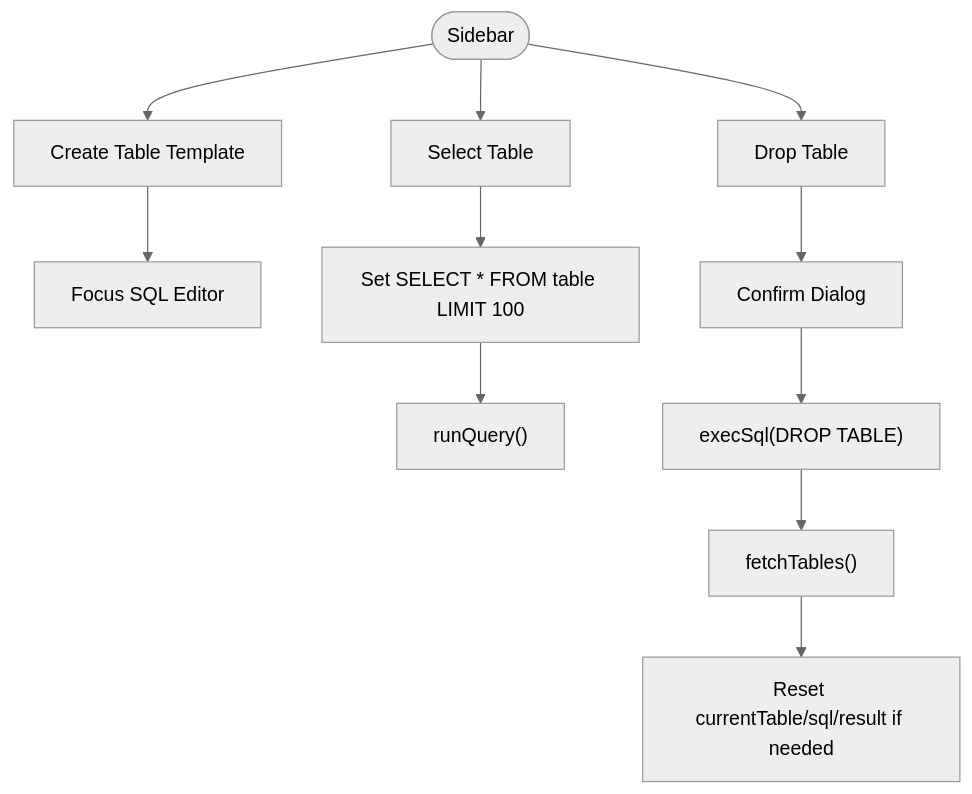
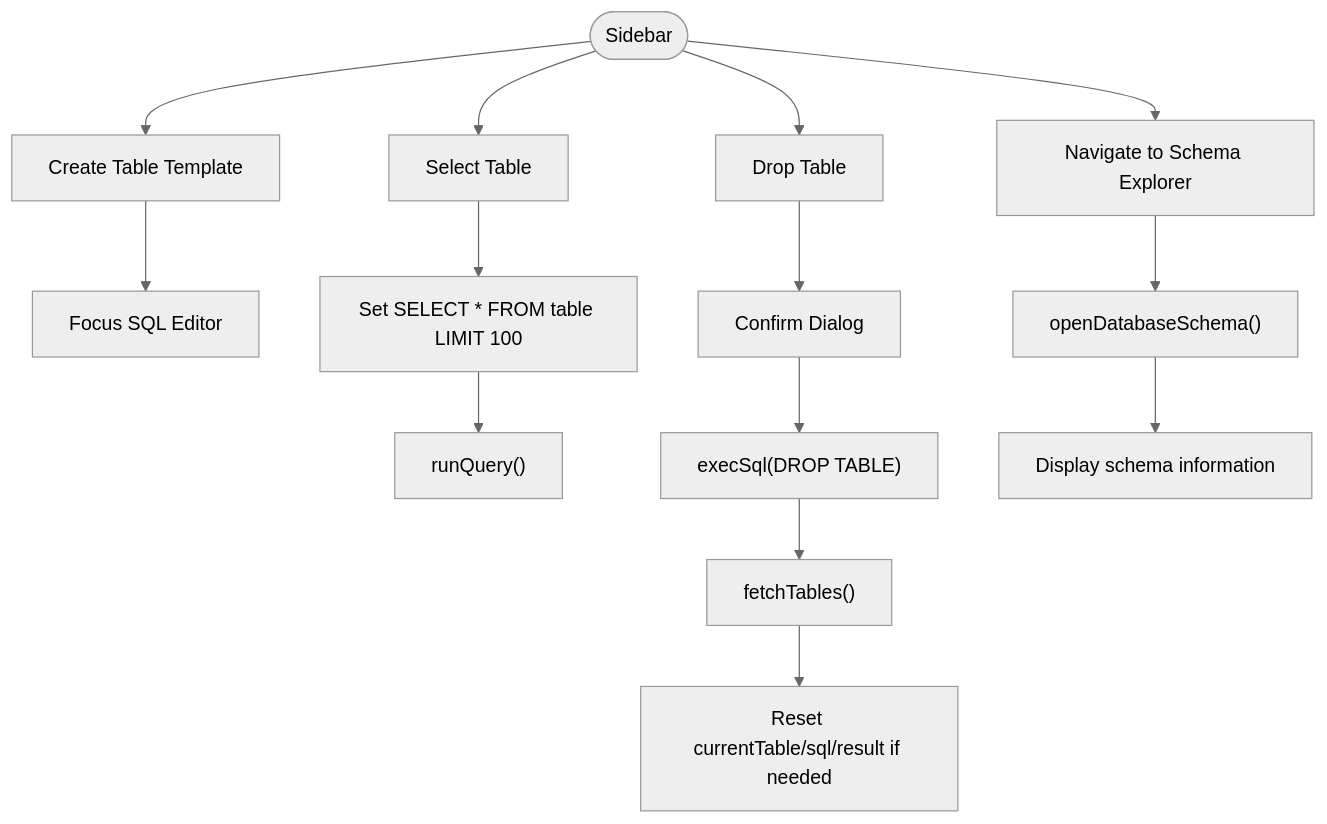
The sixth of 9 diagrams in .qoder/repowiki/en/content/Frontend Development/Core Components.md (sutanto1010/crablite), drawn with Mermaid (neutral theme) before and after one commit. The commit also changed other lines of this file and 25 other files, not shown here.

First line of the commit message:
feat(metadata): add comprehensive database schema and internals API endpoints

````diff
--- a/.qoder/repowiki/en/content/Frontend Development/Core Components.md
+++ b/.qoder/repowiki/en/content/Frontend Development/Core Components.md
@@ -336,13 +371,16 @@
 ```mermaid
 flowchart TD
 Start(["Sidebar"]) --> Add["Create Table Template"]
 Add --> Focus["Focus SQL Editor"]
 Start --> Select["Select Table"]
 Select --> Query["Set SELECT * FROM table LIMIT 100"]
 Query --> Run["runQuery()"]
 Start --> Drop["Drop Table"]
 Drop --> Confirm["Confirm Dialog"]
 Confirm --> Exec["execSql(DROP TABLE)"]
 Exec --> Refresh["fetchTables()"]
 Refresh --> Reset["Reset currentTable/sql/result if needed"]
+Start --> SchemaNav["Navigate to Schema Explorer"]
+SchemaNav --> OpenSchema["openDatabaseSchema()"]
+OpenSchema --> ViewSchema["Display schema information"]
 ```
````
